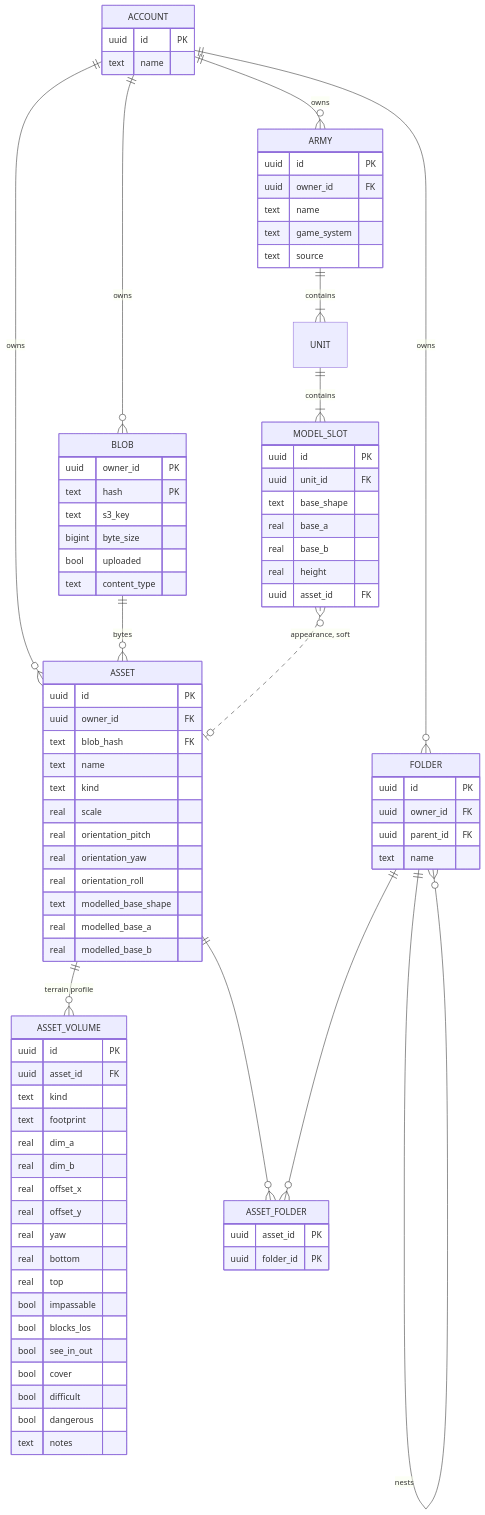
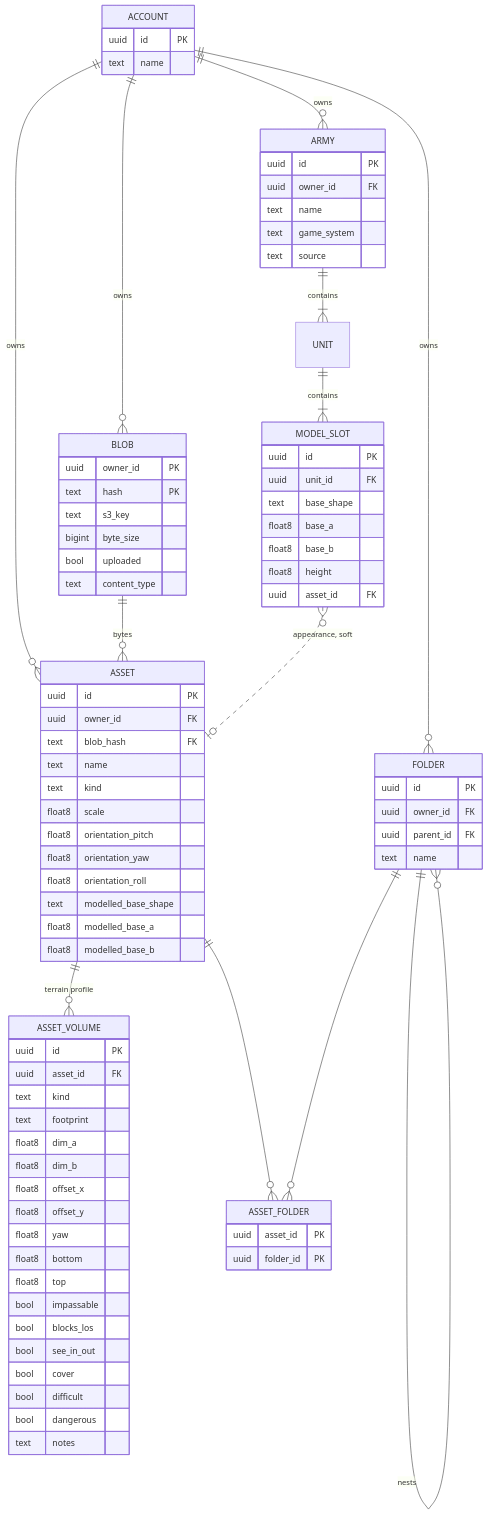
Diagram 13 of 13 in docs/design/web-app/design.md (cstupi/tabletop), drawn with Mermaid before and after one commit. The commit also changed 13 other files, not shown here.

Commit message:
Rule on the schema before step 2: shape column, double precision, FK indexes, search path

````diff
--- a/docs/design/web-app/design.md
+++ b/docs/design/web-app/design.md
@@ -1061,26 +1061,26 @@
         text blob_hash FK
         text name
         text kind
-        real scale
-        real orientation_pitch
-        real orientation_yaw
-        real orientation_roll
+        float8 scale
+        float8 orientation_pitch
+        float8 orientation_yaw
+        float8 orientation_roll
         text modelled_base_shape
-        real modelled_base_a
-        real modelled_base_b
+        float8 modelled_base_a
+        float8 modelled_base_b
     }
     ASSET_VOLUME {
         uuid id PK
         uuid asset_id FK
         text kind
         text footprint
-        real dim_a
-        real dim_b
-        real offset_x
-        real offset_y
-        real yaw
-        real bottom
-        real top
+        float8 dim_a
+        float8 dim_b
+        float8 offset_x
+        float8 offset_y
+        float8 yaw
+        float8 bottom
+        float8 top
         bool impassable
         bool blocks_los
         bool see_in_out
@@ -1110,9 +1110,9 @@
         uuid id PK
         uuid unit_id FK
         text base_shape
-        real base_a
-        real base_b
-        real height
+        float8 base_a
+        float8 base_b
+        float8 height
         uuid asset_id FK
     }
 ```
````
